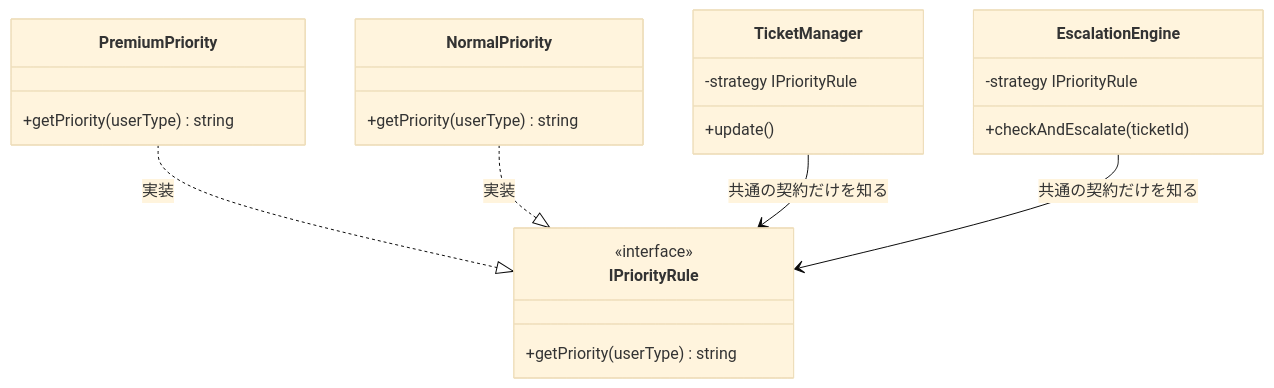
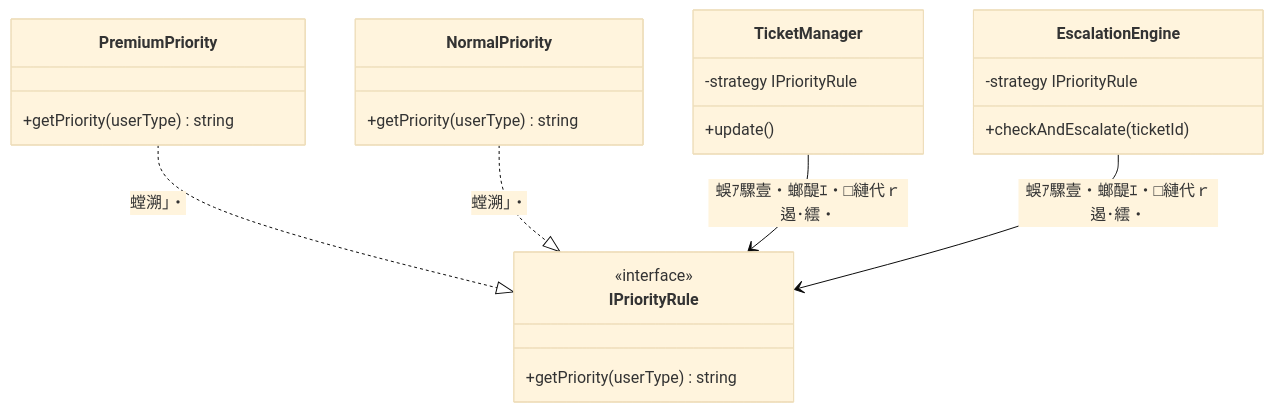
The sixth of 11 diagrams in kindle/design-patterns/output/chapter09_2.md (kumachan1101-pixel/DesignPattern), drawn with Mermaid (base theme) before and after one commit. The commit also changed other lines of this file and 4 other files, not shown here.

````diff
--- a/kindle/design-patterns/output/chapter09_2.md
+++ b/kindle/design-patterns/output/chapter09_2.md
@@ -755,25 +755,25 @@
 ```mermaid
 classDiagram
     class IPriorityRule {
         <<interface>>
         +getPriority(userType) string
     }
     class TicketManager {
         -strategy IPriorityRule
         +update()
     }
     class EscalationEngine {
         -strategy IPriorityRule
         +checkAndEscalate(ticketId)
     }
     class PremiumPriority {
         +getPriority(userType) string
     }
     class NormalPriority {
         +getPriority(userType) string
     }
-    PremiumPriority ..|> IPriorityRule : 実装
-    NormalPriority ..|> IPriorityRule : 実装
-    TicketManager --> IPriorityRule : 共通の契約だけを知る
-    EscalationEngine --> IPriorityRule : 共通の契約だけを知る
+    PremiumPriority ..|> IPriorityRule : 螳溯｣・
+    NormalPriority ..|> IPriorityRule : 螳溯｣・
+    TicketManager --> IPriorityRule : 蜈ｱ騾壹・螂醍ｴ・□縺代ｒ遏･繧・
+    EscalationEngine --> IPriorityRule : 蜈ｱ騾壹・螂醍ｴ・□縺代ｒ遏･繧・
 ```
````
